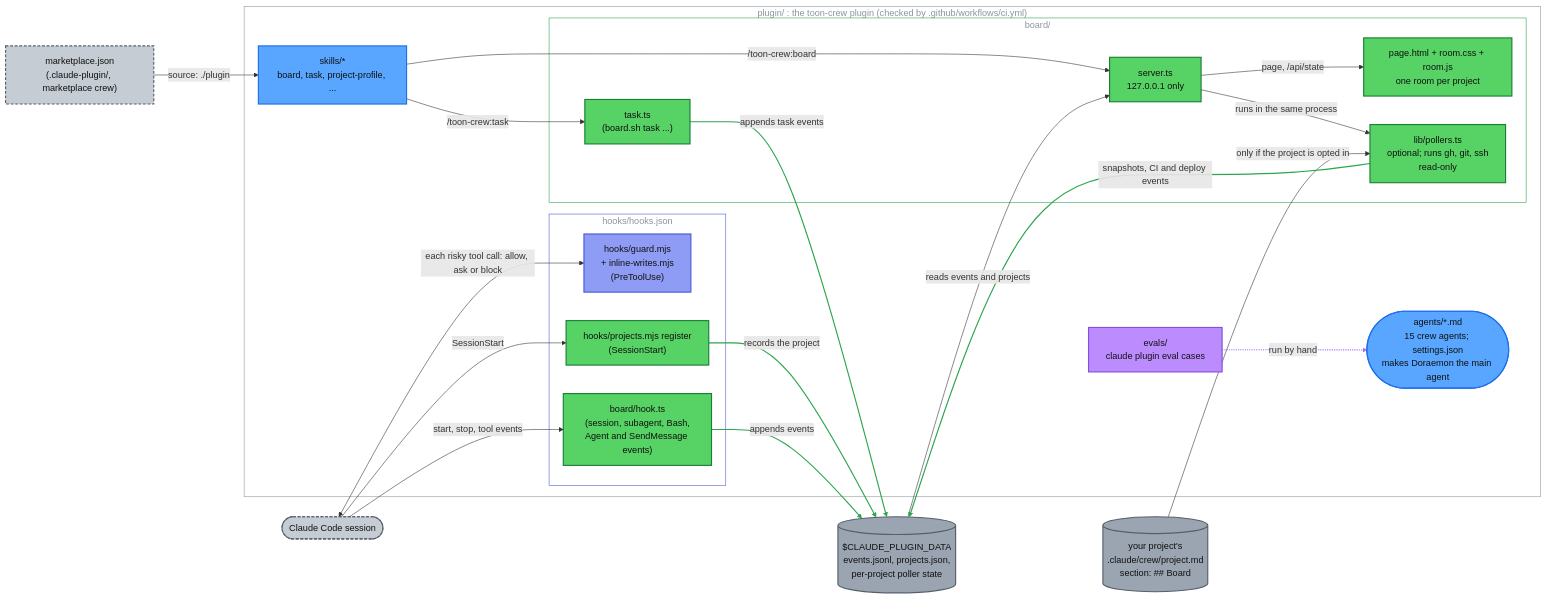
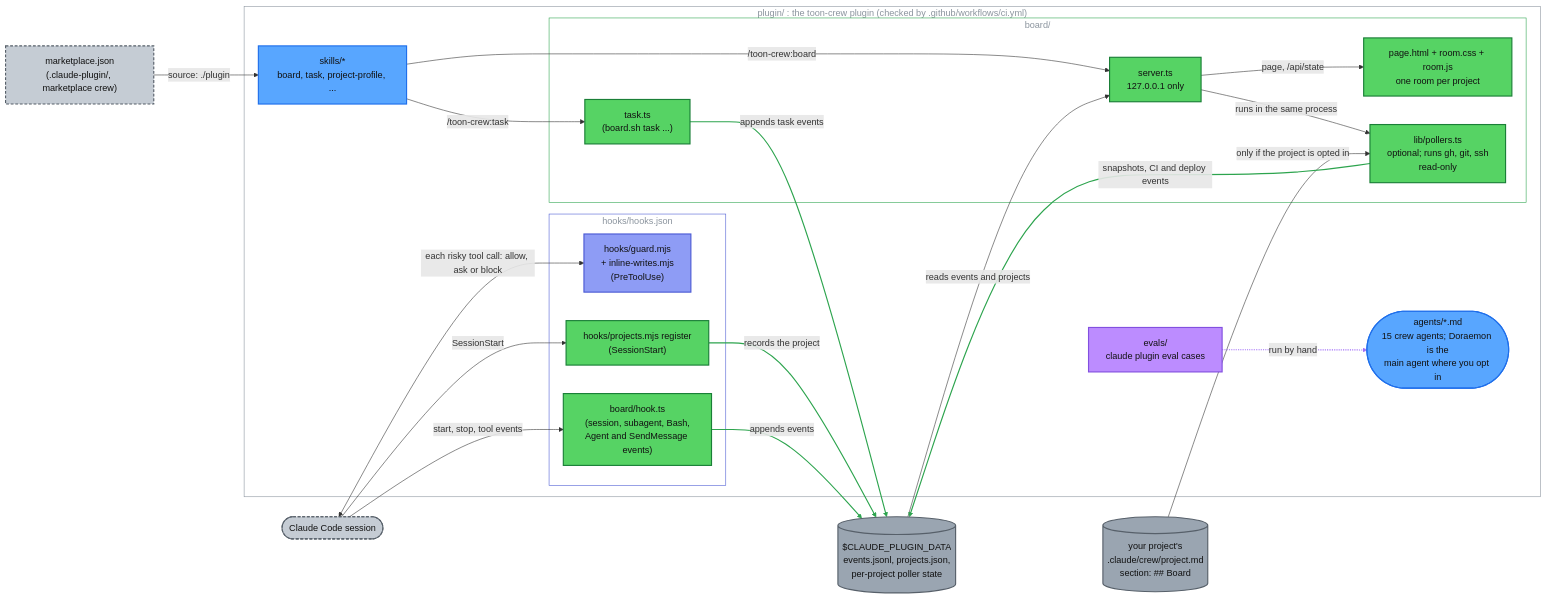
Before and after one commit to amanpatil808/claude-crew: the fourth of 4 diagrams in docs/how-it-works.md, drawn with Mermaid. The commit also changed other lines of this file and 7 other files, not shown here.

````diff
--- a/docs/how-it-works.md
+++ b/docs/how-it-works.md
@@ -307,66 +307,66 @@
 ```mermaid
 flowchart LR
   MP["marketplace.json<br/>(.claude-plugin/, marketplace crew)"] -->|"source: ./plugin"| SK
 
   subgraph PL["plugin/ : the toon-crew plugin (checked by .github/workflows/ci.yml)"]
-    AG(["agents/*.md<br/>15 crew agents; settings.json<br/>makes Doraemon the main agent"])
+    AG(["agents/*.md<br/>15 crew agents; Doraemon is the<br/>main agent where you opt in"])
     SK["skills/*<br/>board, task, project-profile, ..."]
     subgraph HK["hooks/hooks.json"]
       GD["hooks/guard.mjs<br/>+ inline-writes.mjs<br/>(PreToolUse)"]
       PJ["hooks/projects.mjs register<br/>(SessionStart)"]
       HT["board/hook.ts<br/>(session, subagent, Bash,<br/>Agent and SendMessage events)"]
     end
     subgraph BD["board/"]
       TK["task.ts<br/>(board.sh task ...)"]
       SRV["server.ts<br/>127.0.0.1 only"]
       PG["page.html + room.css + room.js<br/>one room per project"]
       PO["lib/pollers.ts<br/>optional; runs gh, git, ssh<br/>read-only"]
     end
     EV["evals/<br/>claude plugin eval cases"]
   end
 
   CC(["Claude Code session"])
   DATA[("$CLAUDE_PLUGIN_DATA<br/>events.jsonl, projects.json,<br/>per-project poller state")]
   CFG[("your project's<br/>.claude/crew/project.md<br/>section: ## Board")]
 
   CC <-->|"each risky tool call: allow, ask or block"| GD
   CC -->|"SessionStart"| PJ
   CC -->|"start, stop, tool events"| HT
   PJ -->|"records the project"| DATA
   HT -->|"appends events"| DATA
   SK -->|"/toon-crew:task"| TK
   TK -->|"appends task events"| DATA
   SK -->|"/toon-crew:board"| SRV
   DATA -->|"reads events and projects"| SRV
   SRV -->|"page, /api/state"| PG
   SRV -->|"runs in the same process"| PO
   CFG -->|"only if the project is opted in"| PO
   PO -->|"snapshots, CI and deploy events"| DATA
   EV -.->|"run by hand"| AG
 
   classDef mgmt fill:#58a6ff,stroke:#1f6feb,color:#111,stroke-width:2px
   classDef backend fill:#e3b341,stroke:#9a6700,color:#111,stroke-width:2px
   classDef frontend fill:#ff7b72,stroke:#cf222e,color:#111,stroke-width:2px
   classDef devops fill:#39c5cf,stroke:#0e7490,color:#111,stroke-width:2px
   classDef security fill:#8e9cf5,stroke:#4c5bd4,color:#111,stroke-width:2px
   classDef qa fill:#bc8cff,stroke:#8250df,color:#111,stroke-width:2px
   classDef research fill:#f0883e,stroke:#bc4c00,color:#111,stroke-width:2px
   classDef docs fill:#f778ba,stroke:#bf3989,color:#111,stroke-width:2px
   classDef helpers fill:#c9b97a,stroke:#8a7a3a,color:#111,stroke-width:2px
   classDef crew fill:#b1bac4,stroke:#57606a,color:#111,stroke-width:2px
   classDef data fill:#9aa5b1,stroke:#57606a,color:#111,stroke-width:2px
   classDef board fill:#56d364,stroke:#1a7f37,color:#111,stroke-width:2px
   classDef ext fill:#c5ccd4,stroke:#57606a,color:#111,stroke-width:2px,stroke-dasharray:5 3
   class MP,CC ext
   class AG,SK mgmt
   class GD security
   class PJ,HT,TK,SRV,PG,PO board
   class EV qa
   class DATA,CFG data
   style PL fill:transparent,stroke:#8b949e,color:#8b949e
   style HK fill:transparent,stroke:#4c5bd4,color:#8b949e
   style BD fill:transparent,stroke:#2da44e,color:#8b949e
   %% green = writes to the data folder, violet = run by hand
   linkStyle 4,5,7,13 stroke:#2da44e,stroke-width:2px
   linkStyle 14 stroke:#a371f7,stroke-width:2px
 ```
````
